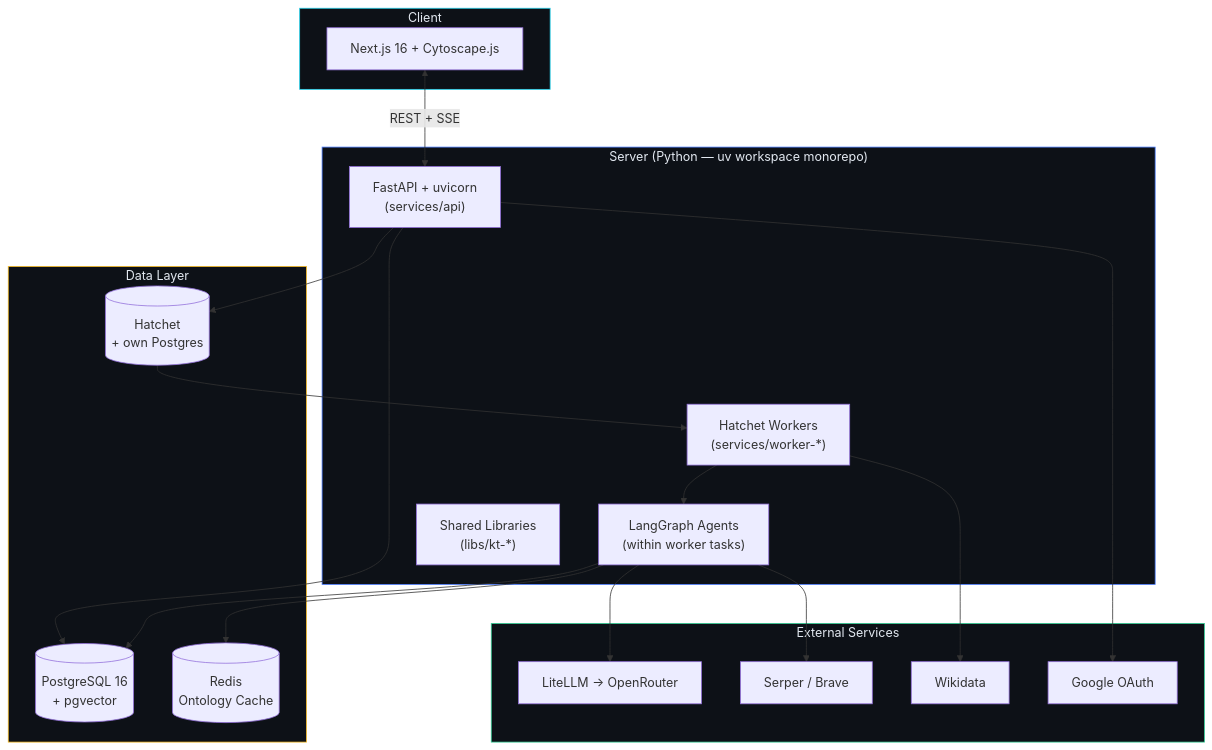
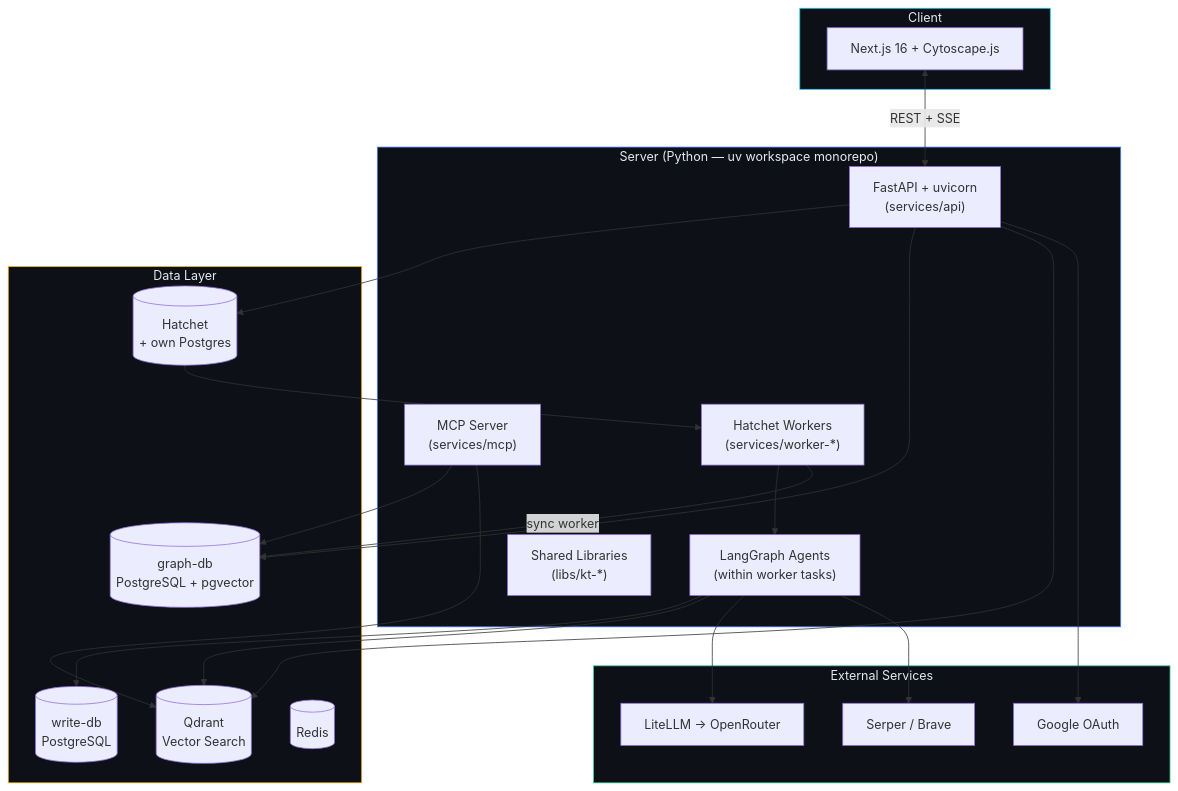
Before and after one commit to openktree/knowledge-tree: the eighth of 8 diagrams in ARCHITECTURE.md, drawn with Mermaid. The commit also changed other lines of this file and 1 other file, not shown here.

Commit message:
docs: update ARCHITECTURE.md and STACK.md to reflect current design (#142)

````diff
--- a/ARCHITECTURE.md
+++ b/ARCHITECTURE.md
@@ -2090,43 +1773,48 @@
 ```mermaid
 graph TB
     subgraph CLIENT["Client"]
         NEXT["Next.js 16 + Cytoscape.js"]
     end
 
     subgraph SERVER["Server (Python — uv workspace monorepo)"]
         API["FastAPI + uvicorn<br/>(services/api)"]
+        MCPS["MCP Server<br/>(services/mcp)"]
         WORKERS["Hatchet Workers<br/>(services/worker-*)"]
         AGENTS["LangGraph Agents<br/>(within worker tasks)"]
         LIBS["Shared Libraries<br/>(libs/kt-*)"]
     end
 
     subgraph DATA["Data Layer"]
-        PG[("PostgreSQL 16<br/>+ pgvector")]
-        REDIS[("Redis<br/>Ontology Cache")]
+        GDB[("graph-db<br/>PostgreSQL + pgvector")]
+        WDB[("write-db<br/>PostgreSQL")]
+        QD[("Qdrant<br/>Vector Search")]
+        REDIS[("Redis")]
         HATCHET[("Hatchet<br/>+ own Postgres")]
     end
 
     subgraph EXTERNAL["External Services"]
         OR["LiteLLM -> OpenRouter"]
         SP["Serper / Brave"]
-        WD["Wikidata"]
         GO["Google OAuth"]
     end
 
     NEXT <-->|REST + SSE| API
     API --> HATCHET
     HATCHET --> WORKERS
     WORKERS --> AGENTS
-    AGENTS --> PG
+    AGENTS --> WDB
+    AGENTS --> QD
     AGENTS --> OR
     AGENTS --> SP
-    AGENTS --> REDIS
-    WORKERS --> WD
-    API --> PG
+    API --> GDB
+    API --> QD
     API --> GO
+    MCPS --> GDB
+    MCPS --> QD
+    WORKERS -->|sync worker| GDB
 
     style CLIENT fill:#0d1117,stroke:#22d3ee,color:#e2e8f0
     style SERVER fill:#0d1117,stroke:#4a7cff,color:#e2e8f0
     style DATA fill:#0d1117,stroke:#fbbf24,color:#e2e8f0
     style EXTERNAL fill:#0d1117,stroke:#34d399,color:#e2e8f0
 ```
````
